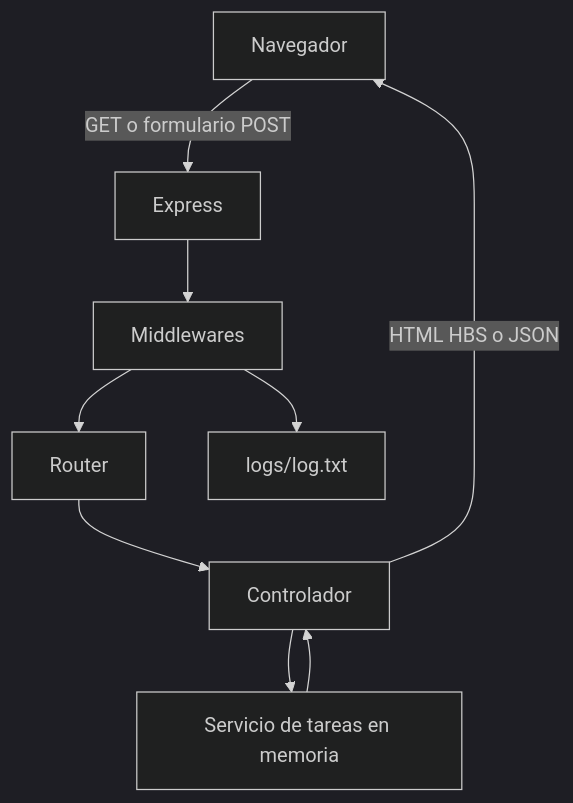
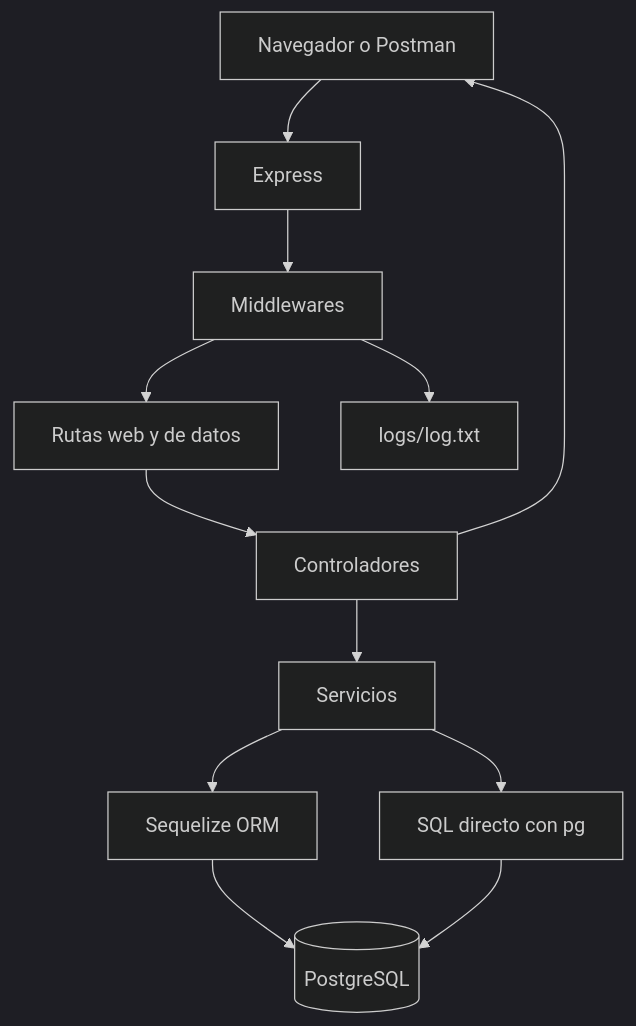
Before and after one commit to PsIgnacioOsorio/TaskFlow-Backend-Integrador: the first of 2 diagrams in docs/flujo-cliente-servidor.md, drawn with Mermaid (dark theme). The commit also changed other lines of this file and 4 other files, not shown here.

````diff
--- a/docs/flujo-cliente-servidor.md
+++ b/docs/flujo-cliente-servidor.md
@@ -3,11 +3,14 @@
 ```mermaid
 flowchart TD
-    C[Navegador] -->|GET o formulario POST| E[Express]
+    C[Navegador o Postman] --> E[Express]
     E --> M[Middlewares]
-    M --> R[Router]
-    R --> K[Controlador]
-    K --> T[Servicio de tareas en memoria]
-    T --> K
-    K -->|HTML HBS o JSON| C
+    M --> R[Rutas web y de datos]
+    R --> K[Controladores]
+    K --> S[Servicios]
+    S --> O[Sequelize ORM]
+    S --> Q[SQL directo con pg]
+    O --> P[(PostgreSQL)]
+    Q --> P
+    K --> C
     M --> L[logs/log.txt]
 ```
````
